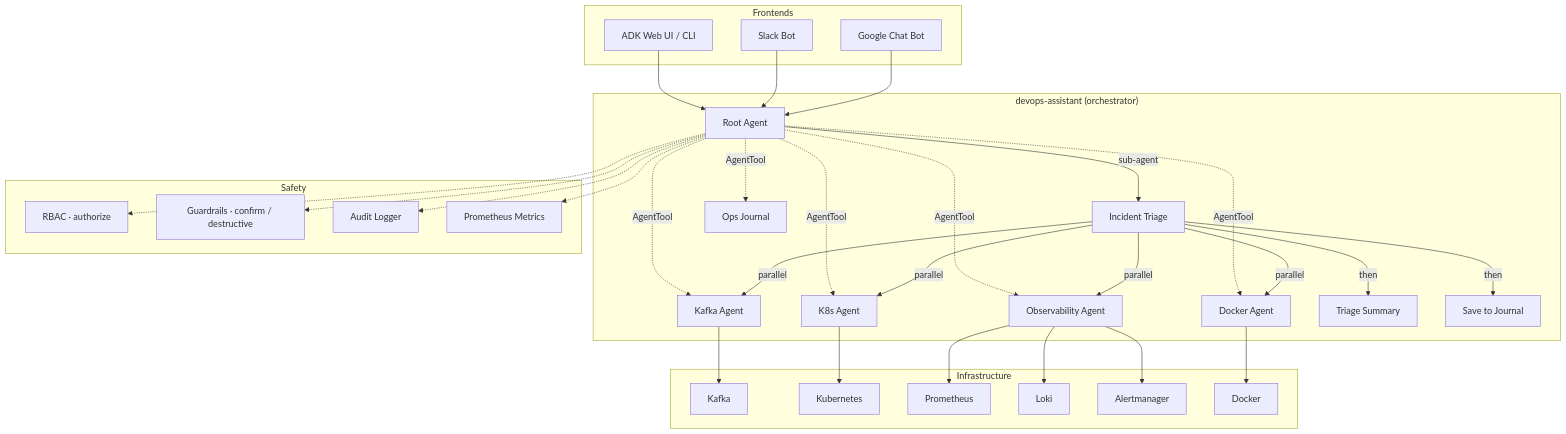
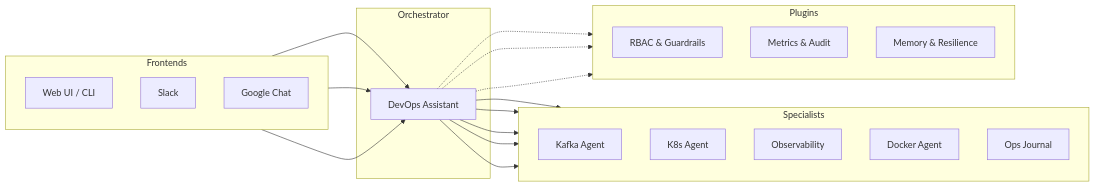
Before and after one commit to BAHALLA/devops-agents: the diagram in docs/index.md, drawn with Mermaid. The commit also changed other lines of this file and 14 other files, not shown here.

````diff
--- a/docs/index.md
+++ b/docs/index.md
@@ -33,59 +64,43 @@
 ```mermaid
-graph TB
+graph LR
     subgraph Frontends
-        WEB[ADK Web UI / CLI]
-        SLACK[Slack Bot]
-        GCHAT[Google Chat Bot]
+        direction TB
+        WEB[Web UI / CLI]
+        SLACK[Slack]
+        GCHAT[Google Chat]
     end
 
-    subgraph "devops-assistant (orchestrator)"
-        ROOT[Root Agent]
-        TRIAGE[Incident Triage]
-
-        ROOT -.->|AgentTool| KAFKA[Kafka Agent]
-        ROOT -.->|AgentTool| K8S[K8s Agent]
-        ROOT -.->|AgentTool| OBS[Observability Agent]
-        ROOT -.->|AgentTool| DOCKER[Docker Agent]
-        ROOT -.->|AgentTool| JOURNAL[Ops Journal]
-        ROOT -->|sub-agent| TRIAGE
-
-        TRIAGE -->|parallel| KAFKA
-        TRIAGE -->|parallel| K8S
-        TRIAGE -->|parallel| DOCKER
-        TRIAGE -->|parallel| OBS
-        TRIAGE -->|then| SUMMARIZE[Triage Summary]
-        TRIAGE -->|then| SAVE[Save to Journal]
+    subgraph Orchestrator
+        ROOT[DevOps Assistant]
     end
 
-    subgraph Safety
-        RBAC[RBAC · authorize]
-        GUARD[Guardrails · confirm / destructive]
-        AUDIT[Audit Logger]
-        METRICS[Prometheus Metrics]
+    subgraph Specialists
+        direction TB
+        KAFKA[Kafka Agent]
+        K8S[K8s Agent]
+        OBS[Observability]
+        DOCKER[Docker Agent]
+        JOURNAL[Ops Journal]
     end
 
-    subgraph Infrastructure
-        KF[Kafka]
-        KU[Kubernetes]
-        PR[Prometheus]
-        LO[Loki]
-        AM[Alertmanager]
-        DK[Docker]
+    subgraph Plugins
+        direction TB
+        P1[RBAC & Guardrails]
+        P2[Metrics & Audit]
+        P3[Memory & Resilience]
     end
 
     WEB --> ROOT
     SLACK --> ROOT
     GCHAT --> ROOT
 
-    KAFKA --> KF
-    K8S --> KU
-    OBS --> PR
-    OBS --> LO
-    OBS --> AM
-    DOCKER --> DK
+    ROOT --> KAFKA
+    ROOT --> K8S
+    ROOT --> OBS
+    ROOT --> DOCKER
+    ROOT --> JOURNAL
 
-    ROOT -.-> RBAC
-    ROOT -.-> GUARD
-    ROOT -.-> AUDIT
-    ROOT -.-> METRICS
+    ROOT -.-> P1
+    ROOT -.-> P2
+    ROOT -.-> P3
 ```
````
